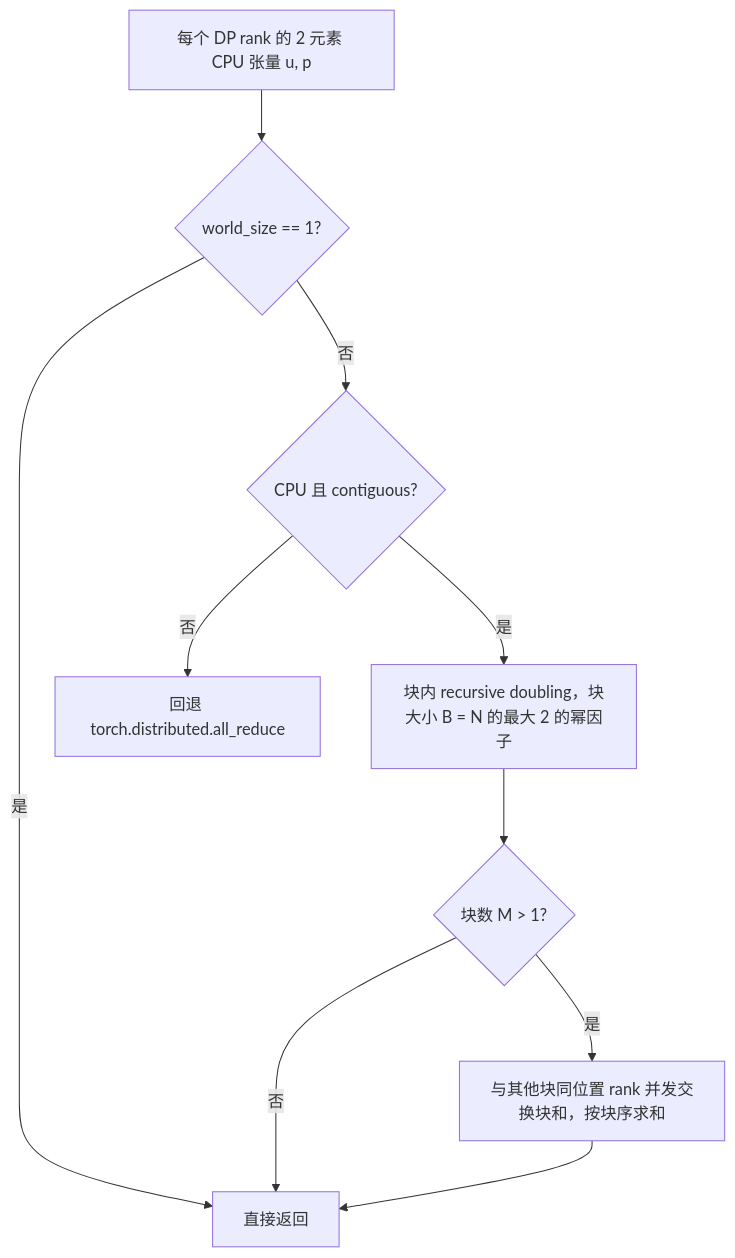
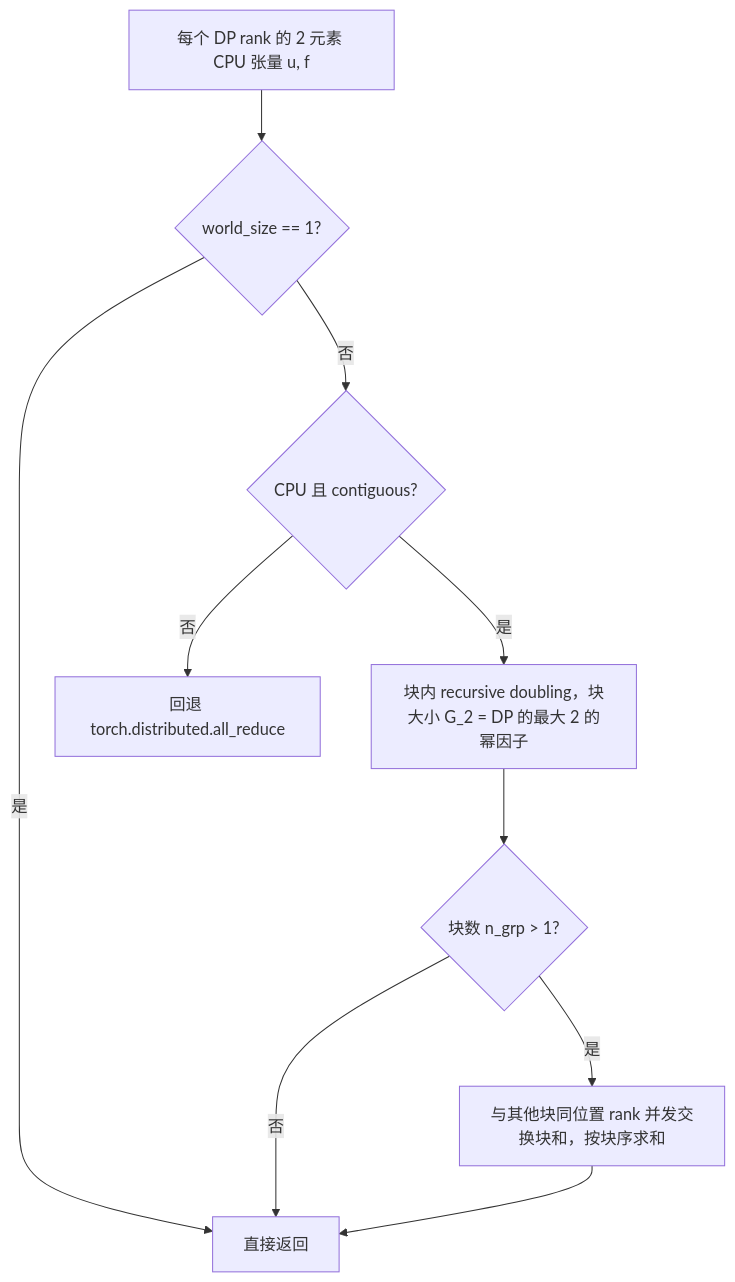
Diagram 20 of 37 in book/09-distributed/README.md (cluster1900/vllm_reader), drawn with Mermaid before and after one commit. The commit also changed other lines of this file, not shown here.

First line of the commit message:
docs(ch09): F/D 批次 B7a — §9.1–9.7 公式讲解模板、统一符号与三张图（refs bot-hub#128）

````diff
--- a/book/09-distributed/README.md
+++ b/book/09-distributed/README.md
@@ -959,12 +1421,12 @@
 ```mermaid
 flowchart TD
-    A[每个 DP rank 的 2 元素 CPU 张量 u, p] --> B{world_size == 1?}
+    A[每个 DP rank 的 2 元素 CPU 张量 u, f] --> B{world_size == 1?}
     B -->|是| Z[直接返回]
     B -->|否| C{CPU 且 contiguous?}
     C -->|否| F[回退 torch.distributed.all_reduce]
-    C -->|是| D[块内 recursive doubling，块大小 B = N 的最大 2 的幂因子]
-    D --> E{块数 M > 1?}
+    C -->|是| D[块内 recursive doubling，块大小 G_2 = DP 的最大 2 的幂因子]
+    D --> E{块数 n_grp > 1?}
     E -->|否| Z
     E -->|是| G[与其他块同位置 rank 并发交换块和，按块序求和]
     G --> Z
 ```
````
